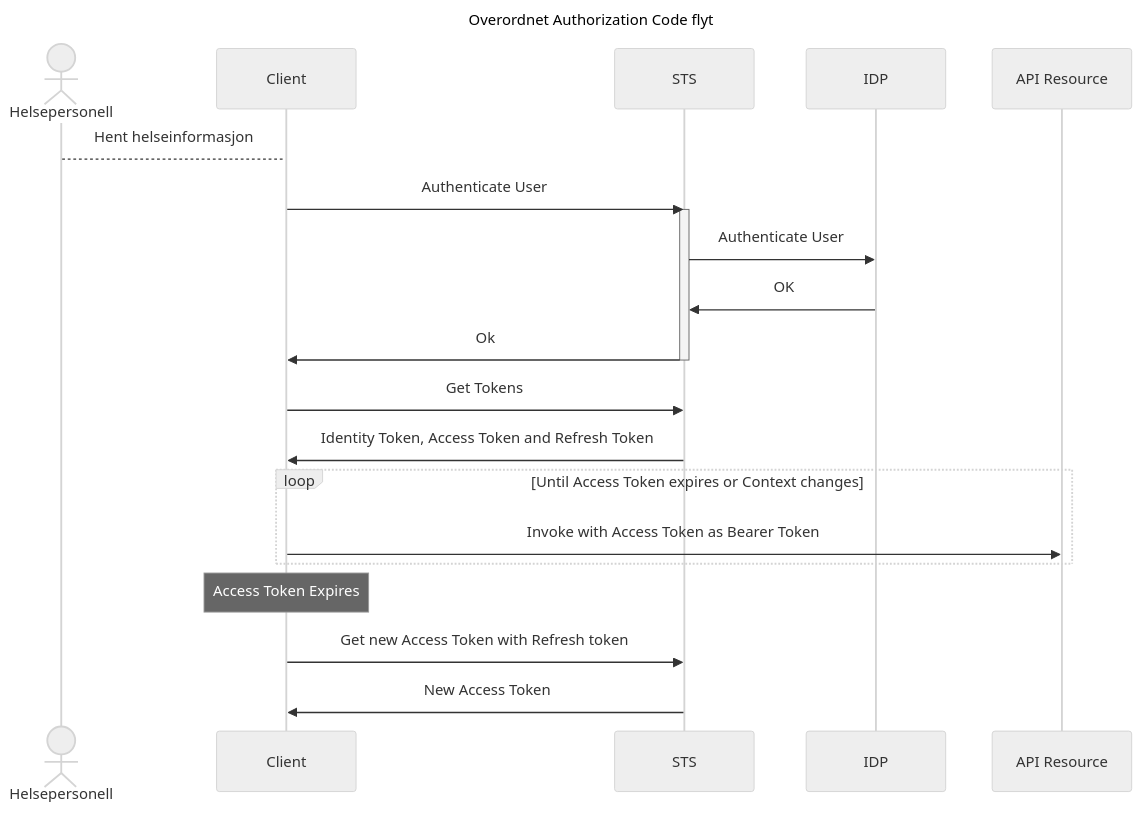
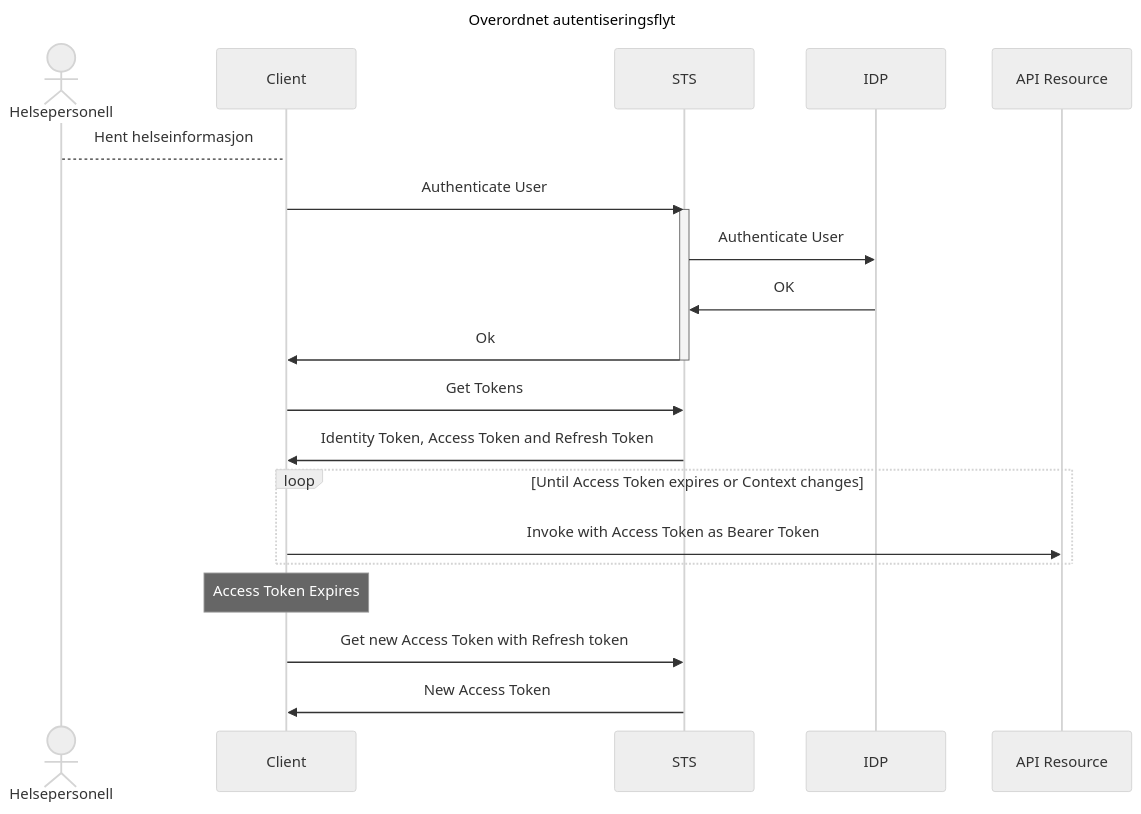
The diagram in specs/bruk_av_oidc.md (NorskHelsenett/Tillitsrammeverk), drawn with Mermaid (neutral theme) before and after one commit. The commit also changed other lines of this file, not shown here.

````diff
--- a/specs/bruk_av_oidc.md
+++ b/specs/bruk_av_oidc.md
@@ -46,28 +49,28 @@
 ```mermaid
 sequenceDiagram 
-  title Overordnet Authorization Code flyt
+  title Overordnet autentiseringsflyt
   actor HP as Helsepersonell
   participant RP as Client
   participant HelseID as STS
   participant IDP
   participant API as API Resource
 
   HP-->RP: Hent helseinformasjon  
   RP->>HelseID: Authenticate User
   activate HelseID
   HelseID->>IDP: Authenticate User
   IDP->>HelseID: OK
   HelseID->>RP: Ok
   deactivate HelseID
   
   RP->>HelseID: Get Tokens
   HelseID->>RP: Identity Token, Access Token and Refresh Token
   loop Until Access Token expires or Context changes
   RP->>API: Invoke with Access Token as Bearer Token
   end
 
 Note over RP: Access Token Expires
 RP->>HelseID: Get new Access Token with Refresh token   
 HelseID->>RP: New Access Token 
  
 ```
````
